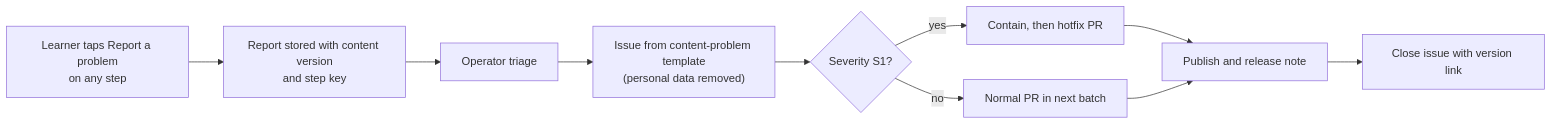
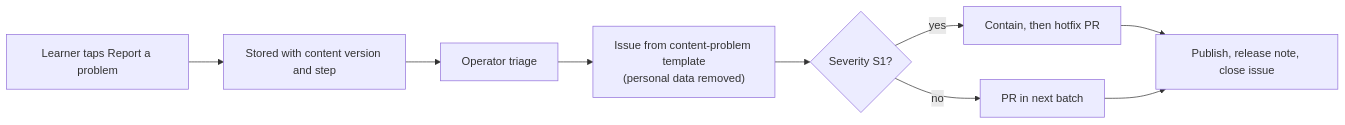
The fourth of 4 diagrams in devstep/docs/06-content-system.md (GhanshyamSoni68/app_idea), drawn with Mermaid before and after one commit. The commit also changed other lines of this file and 2 other files, not shown here.

First line of the commit message:
Add DevStep tech stack and hosting ADR

````diff
--- a/devstep/docs/06-content-system.md
+++ b/devstep/docs/06-content-system.md
@@ -727,12 +605,11 @@
 ```mermaid
 flowchart LR
-  A["Learner taps Report a problem<br/>on any step"] --> B["Report stored with content version<br/>and step key"]
+  A["Learner taps Report a problem"] --> B["Stored with content version and step"]
   B --> C["Operator triage"]
   C --> D["Issue from content-problem template<br/>(personal data removed)"]
   D --> E{"Severity S1?"}
   E -->|yes| F["Contain, then hotfix PR"]
-  E -->|no| G["Normal PR in next batch"]
-  F --> H["Publish and release note"]
+  E -->|no| G["PR in next batch"]
+  F --> H["Publish, release note, close issue"]
   G --> H
-  H --> I["Close issue with version link"]
 ```
````
